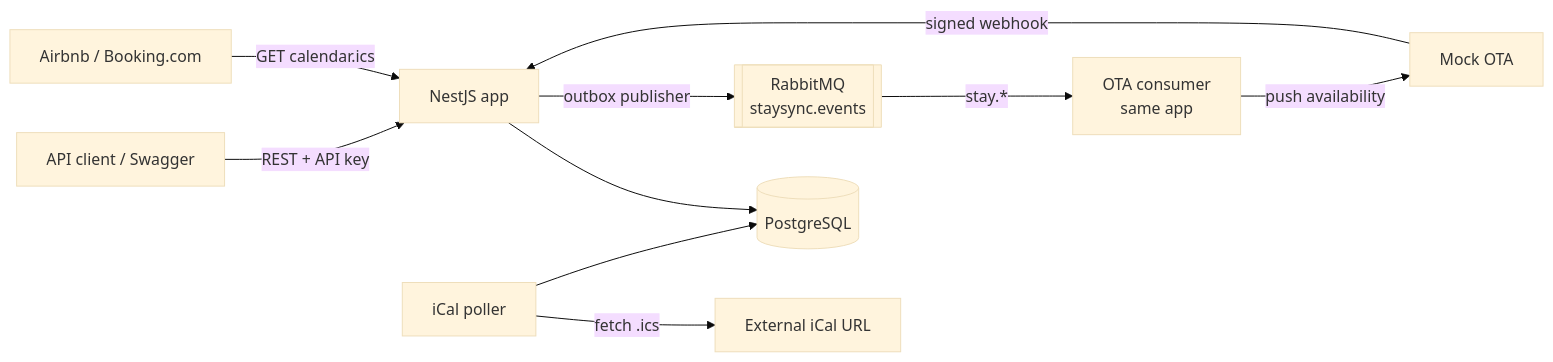
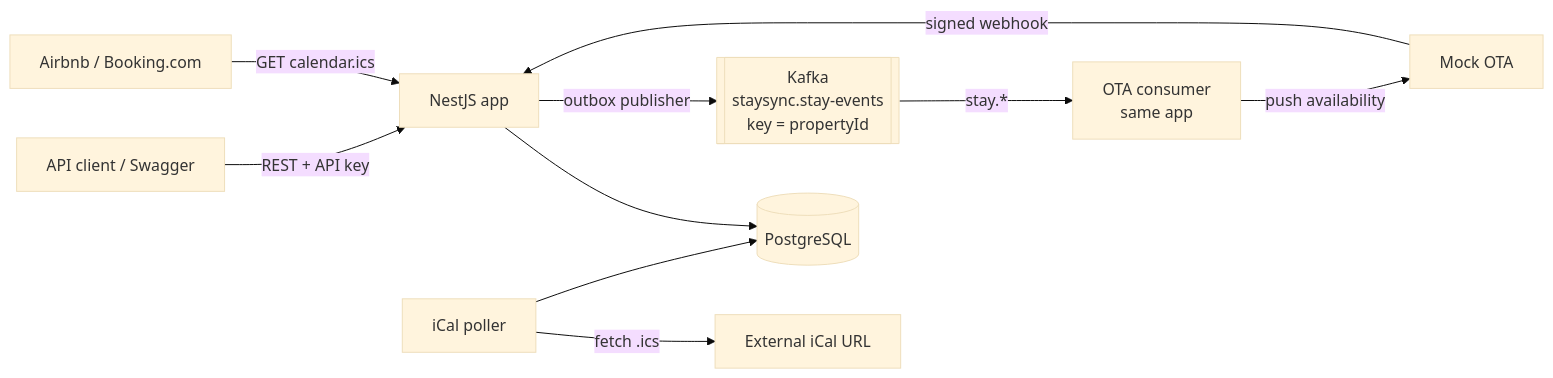
One commit to MaiSirikulpanDev/StaySync changed the diagram in README.md. Above: the diagram before and after it, drawn with Mermaid (base theme). The commit also changed other lines of this file and 19 other files, not shown here.

First line of the commit message:
M7: replace RabbitMQ with Kafka (KRaft), keyed by propertyId, retry topic and DLQ

````diff
--- a/README.md
+++ b/README.md
@@ -15,12 +15,12 @@
 ```mermaid
 flowchart LR
   Client[API client / Swagger] -->|REST + API key| API[NestJS app]
   OTA[Mock OTA] -->|signed webhook| API
   API --> PG[(PostgreSQL)]
-  API -->|outbox publisher| MQ[[RabbitMQ<br/>staysync.events]]
+  API -->|outbox publisher| MQ[[Kafka<br/>staysync.stay-events<br/>key = propertyId]]
   MQ -->|stay.*| Consumer[OTA consumer<br/>same app]
   Consumer -->|push availability| OTA
   Scheduler[iCal poller] -->|fetch .ics| Ext[External iCal URL]
   Scheduler --> PG
   Airbnb[Airbnb / Booking.com] -->|GET calendar.ics| API
 ```
````
